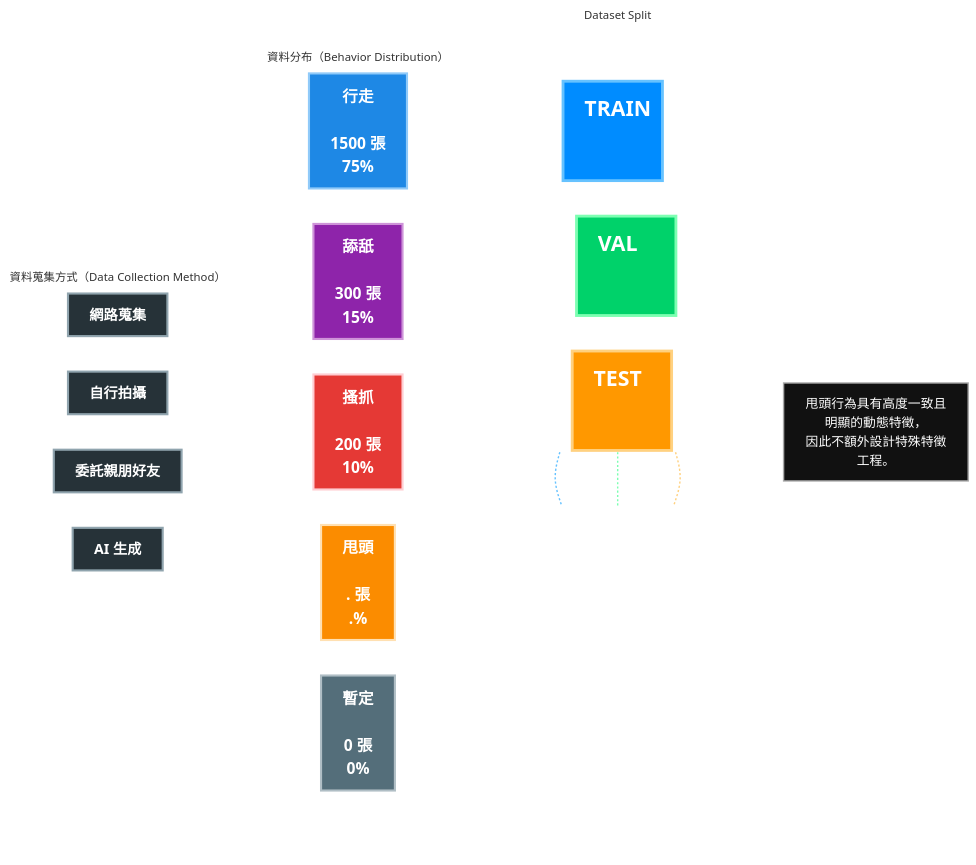
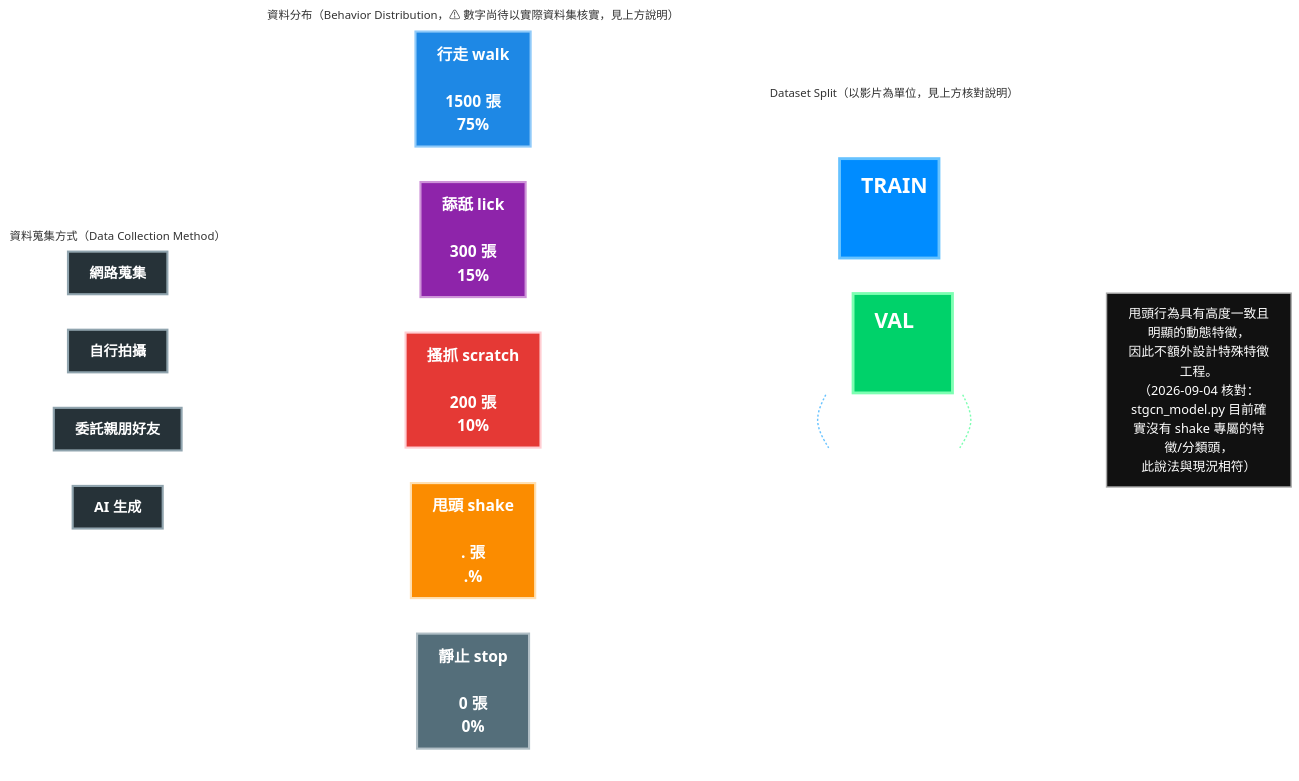
Before and after one commit to reqw123/ai_project: the diagram in paper/docs/DATASET_SPLIT_DIAGRAM.md, drawn with Mermaid (forest theme). The commit also changed other lines of this file and 26 other files, not shown here.

````diff
--- a/paper/docs/DATASET_SPLIT_DIAGRAM.md
+++ b/paper/docs/DATASET_SPLIT_DIAGRAM.md
@@ -6,7 +24,7 @@
 %% Dataset Split
 %% =========================
 
-subgraph SPLIT["Dataset Split"]
+subgraph SPLIT["Dataset Split（以影片為單位，見上方核對說明）"]
 direction TB
 
     subgraph TOP[" "]
@@ -14,22 +32,19 @@
 
         A["TRAIN"]:::train
         B["VAL"]:::val
-        C["TEST"]:::test
 
     end
 
     subgraph BOTTOM[" "]
     direction LR
 
-        D["1500 Images<br/>75%"]:::info
-        E["300 Images<br/>15%"]:::info
-        F["200 Images<br/>10%"]:::info
+        D["≈85% 影片<br/>(TRAIN_TEST_SPLIT=0.15)"]:::info
+        E["≈15% 影片<br/>(TRAIN_TEST_SPLIT=0.15)"]:::info
 
     end
 
     A -.- D
     B -.- E
-    C -.- F
 
 end
 
@@ -37,14 +52,14 @@
 %% Behavior Distribution
 %% =========================
 
-subgraph DIST["資料分布（Behavior Distribution）"]
+subgraph DIST["資料分布（Behavior Distribution，⚠ 數字尚待以實際資料集核實，見上方說明）"]
 direction LR
 
-    G["行走<br/><br/>1500 張<br/>75%"]:::walk
-    H["舔舐<br/><br/>300 張<br/>15%"]:::lick
-    I["搔抓<br/><br/>200 張<br/>10%"]:::scratch
-    J["甩頭<br/><br/>. 張<br/>.%"]:::shake
-    K["暫定<br/><br/>0 張<br/>0%"]:::stop
+    G["行走 walk<br/><br/>1500 張<br/>75%"]:::walk
+    H["舔舐 lick<br/><br/>300 張<br/>15%"]:::lick
+    I["搔抓 scratch<br/><br/>200 張<br/>10%"]:::scratch
+    J["甩頭 shake<br/><br/>. 張<br/>.%"]:::shake
+    K["靜止 stop<br/><br/>0 張<br/>0%"]:::stop
 
 end
 
@@ -52,7 +67,7 @@
 %% Notes
 %% =========================
 
-NOTE["甩頭行為具有高度一致且明顯的動態特徵，<br/>因此不額外設計特殊特徵工程。"]:::note
+NOTE["甩頭行為具有高度一致且明顯的動態特徵，<br/>因此不額外設計特殊特徵工程。<br/>（2026-09-04 核對：stgcn_model.py 目前確實沒有 shake 專屬的特徵/分類頭，<br/>此說法與現況相符）"]:::note
 
 %% =========================
 %% Data Collection
@@ -74,7 +89,6 @@
 
 classDef train fill:#008CFF,color:#FFFFFF,stroke:#66C2FF,stroke-width:4px,font-size:30px,font-weight:bold
 classDef val fill:#00D26A,color:#FFFFFF,stroke:#7DFFB2,stroke-width:4px,font-size:30px,font-weight:bold
-classDef test fill:#FF9800,color:#FFFFFF,stroke:#FFD180,stroke-width:4px,font-size:30px,font-weight:bold
 
 classDef info fill:none,color:#FFFFFF,stroke:none,font-size:22px,font-weight:bold
 
@@ -90,7 +104,6 @@
 
 style A width:140px,height:140px
 style B width:140px,height:140px
-style C width:140px,height:140px
 
 style SPLIT fill:none,stroke:none
 style DIST fill:none,stroke:none
@@ -100,5 +113,4 @@
 
 linkStyle 0 stroke:#66C2FF,stroke-width:2px,stroke-dasharray: 3 3
 linkStyle 1 stroke:#7DFFB2,stroke-width:2px,stroke-dasharray: 3 3
-linkStyle 2 stroke:#FFD180,stroke-width:2px,stroke-dasharray: 3 3
 ```
````
